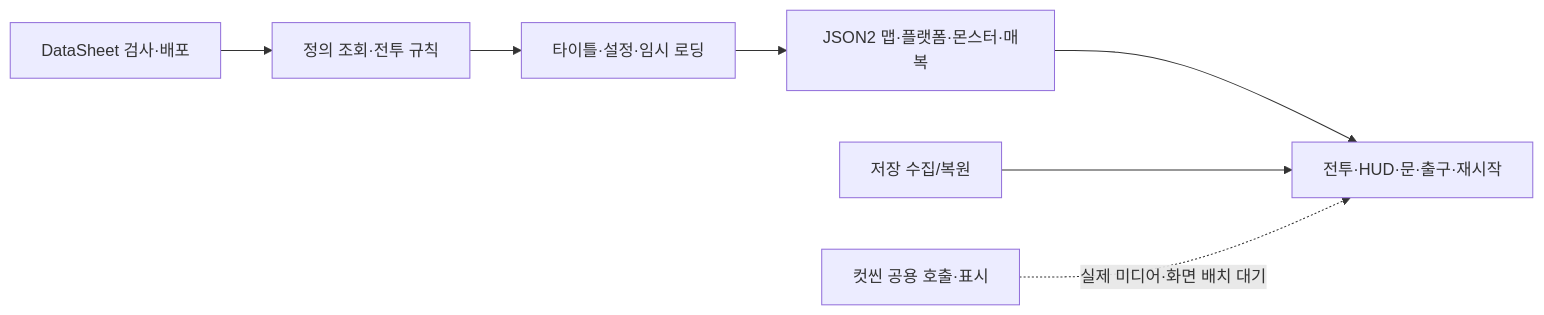
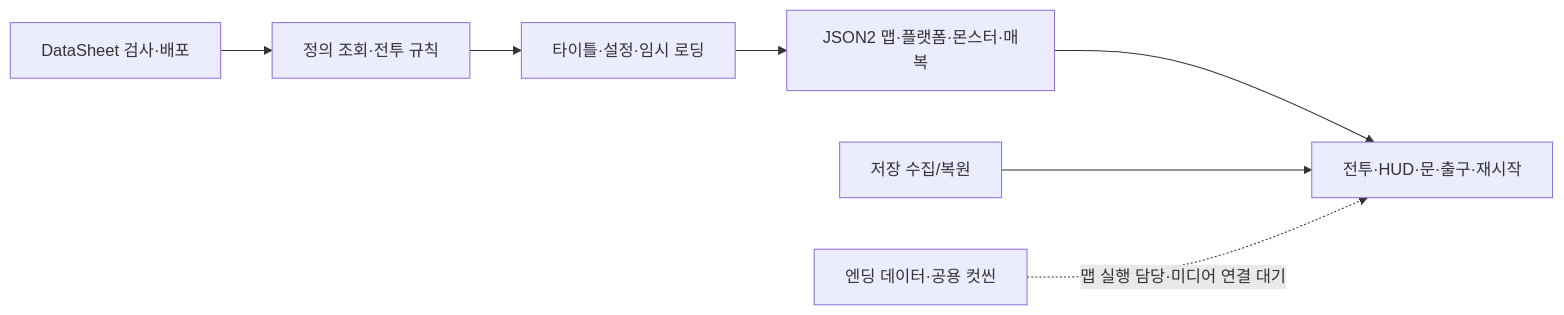
One commit to lkhwcf-arch/Human_Ghost- changed the second of 4 diagrams in README.md. Above: the diagram before and after it, drawn with Mermaid. The commit also changed other lines of this file and 16 other files, not shown here.

````diff
--- a/README.md
+++ b/README.md
@@ -95,9 +95,9 @@
 ```mermaid
 flowchart LR
     A[DataSheet 검사·배포] --> B[정의 조회·전투 규칙]
     B --> C[타이틀·설정·임시 로딩]
     C --> D[JSON2 맵·플랫폼·몬스터·매복]
     D --> E[전투·HUD·문·출구·재시작]
     F[저장 수집/복원] --> E
-    G[컷씬 공용 호출·표시] -.실제 미디어·화면 배치 대기.-> E
+    G[엔딩 데이터·공용 컷씬] -.맵 실행 담당·미디어 연결 대기.-> E
 ```
````
